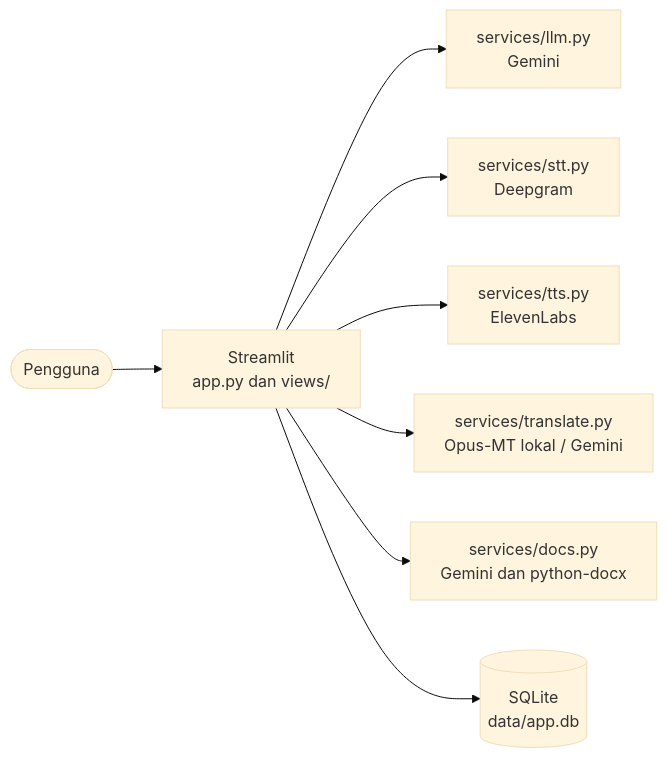
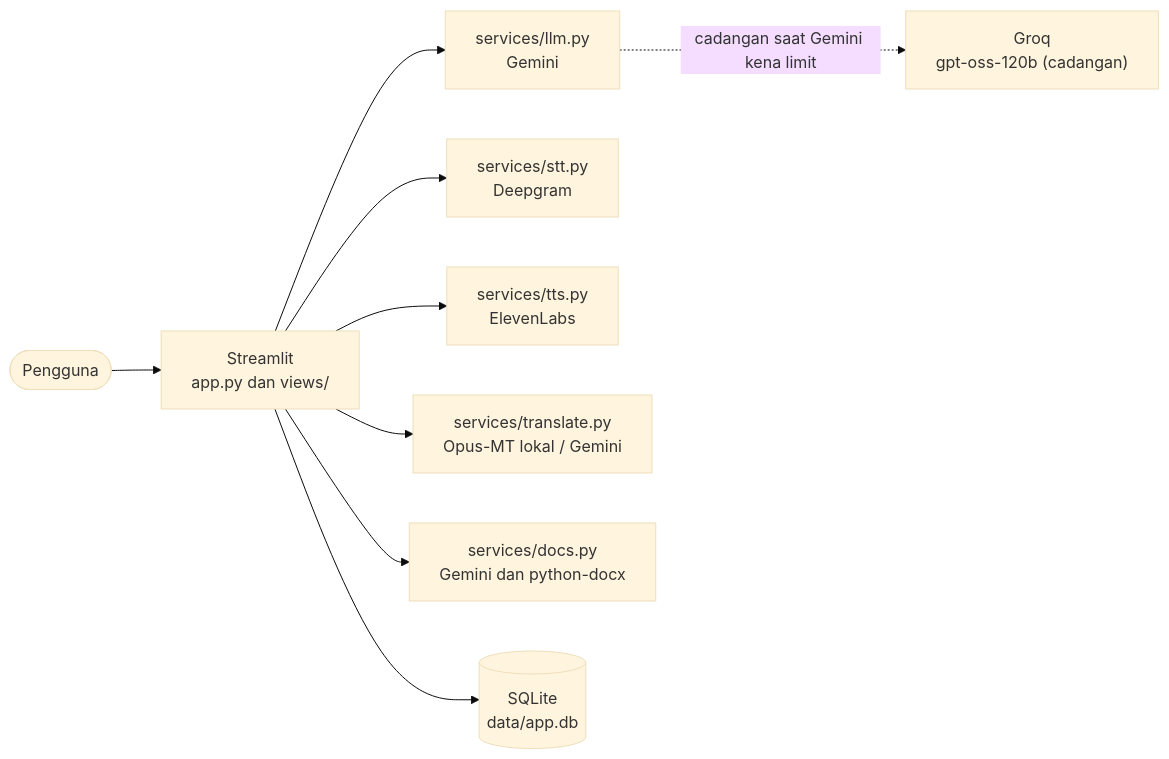
One commit to Skywalker0715/fluenta changed the diagram in README.md. Above: the diagram before and after it, drawn with Mermaid (base theme). The commit also changed other lines of this file, not shown here.

Commit message:
README: jelaskan model cadangan Groq, hapus bagian screenshot

````diff
--- a/README.md
+++ b/README.md
@@ -66,10 +55,12 @@
 ```mermaid
 flowchart LR
     U([Pengguna]) --> UI["Streamlit<br/>app.py dan views/"]
     UI --> LLM["services/llm.py<br/>Gemini"]
     UI --> STT["services/stt.py<br/>Deepgram"]
     UI --> TTS["services/tts.py<br/>ElevenLabs"]
     UI --> TR["services/translate.py<br/>Opus-MT lokal / Gemini"]
     UI --> DOC["services/docs.py<br/>Gemini dan python-docx"]
     UI --> DB[("SQLite<br/>data/app.db")]
+    GQ["Groq<br/>gpt-oss-120b (cadangan)"]
+    LLM -.->|"cadangan saat Gemini kena limit"| GQ
 ```
````
